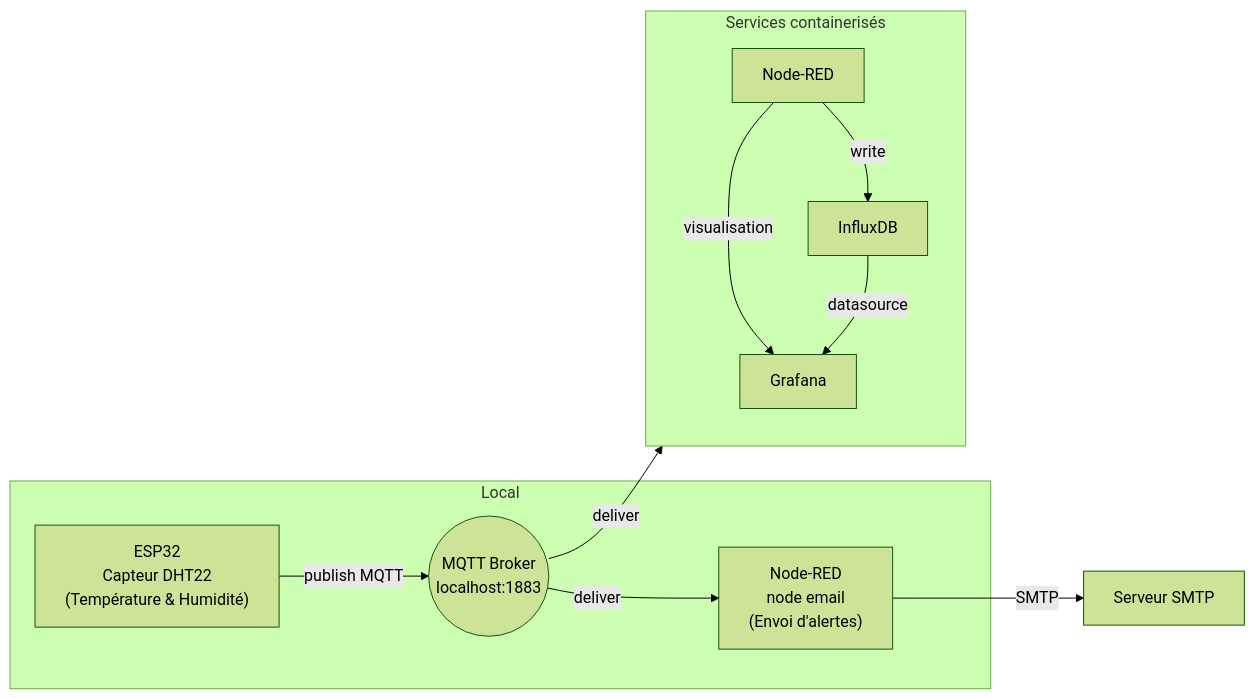
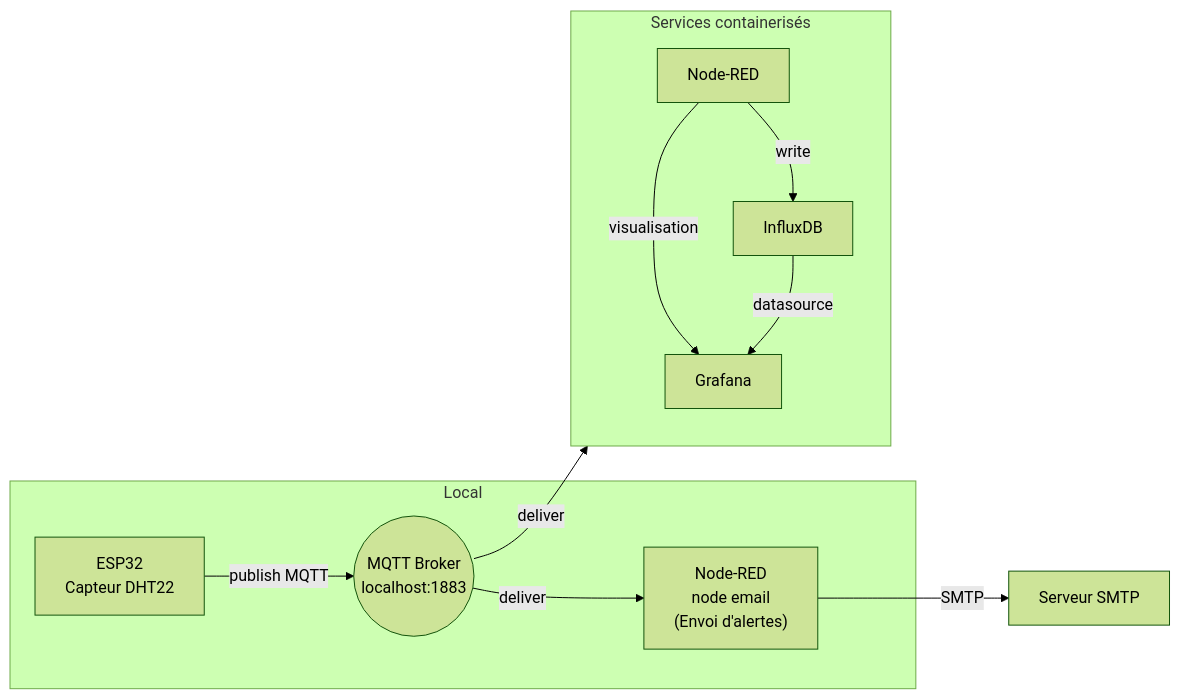
The first of 2 diagrams in README.md (sifeddine-hebbaj/Systeme-d-alerte-pour-catastrophes-naturelles-IoT-virtuel-), drawn with Mermaid (forest theme) before and after one commit. The commit also changed other lines of this file, not shown here.

First line of the commit message:
Refine architecture and class diagrams

````diff
--- a/README.md
+++ b/README.md
@@ -88,27 +88,27 @@
 ```mermaid
 flowchart LR
     subgraph Local
-        Capteur["ESP32<br/>Capteur DHT22<br/>(Température & Humidité)"]
+        Capteur["ESP32<br/>Capteur DHT22<br/>"]
         Alert["Node-RED<br/>node email<br/>(Envoi d'alertes)"]
         Broker(("MQTT Broker<br/>localhost:1883"))
     end
 
     subgraph DockerCompose[Services containerisés]
         direction TB
         NodeRED[Node-RED]
         Influx[InfluxDB]
         Grafana[Grafana]
     end
 
     Capteur -->|publish MQTT| Broker
     Broker -->|deliver| Alert
     Broker -->|deliver| NodeRED
     NodeRED -->|write| Influx
     NodeRED -->|visualisation| Grafana
     Influx -->|datasource| Grafana
     Alert -->|SMTP| SMTP[Serveur SMTP]
 
     click NodeRED "http://127.0.0.1:1880/" "Node-RED"
     click Grafana "http://localhost:3000/" "Grafana"
     click Influx "http://localhost:8086/" "InfluxDB"
 ```
````
